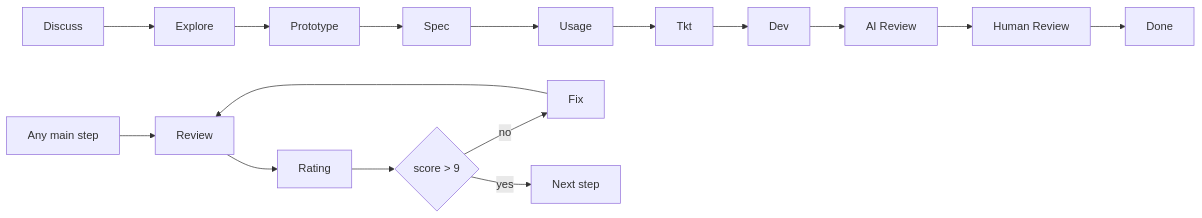
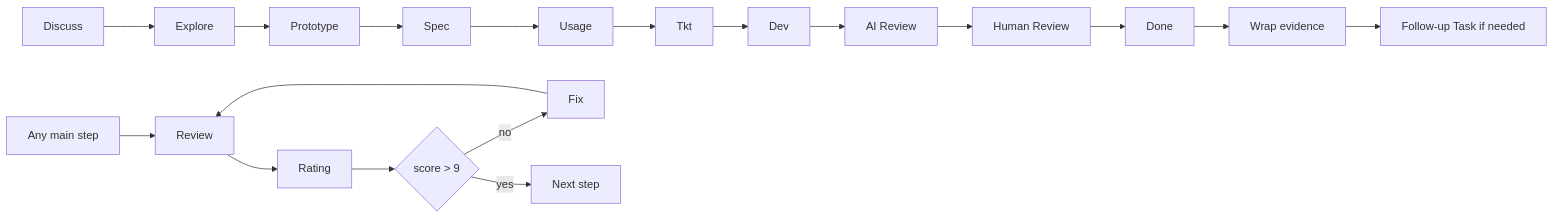
The fifth of 14 diagrams in docs/grimo/PRD.md (samzhu/grimoAPP), drawn with Mermaid before and after one commit. The commit also changed other lines of this file and 54 other files, not shown here.

````diff
--- a/docs/grimo/PRD.md
+++ b/docs/grimo/PRD.md
@@ -140,19 +142,21 @@
 ```mermaid
 flowchart LR
   Discuss["Discuss"] --> Explore["Explore"]
   Explore --> Prototype["Prototype"]
   Prototype --> Spec["Spec"]
   Spec --> Usage["Usage"]
   Usage --> Tkt["Tkt"]
   Tkt --> Dev["Dev"]
   Dev --> AIReview["AI Review"]
   AIReview --> HumanReview["Human Review"]
   HumanReview --> Done["Done"]
+  Done --> WrapEvidence["Wrap evidence"]
+  WrapEvidence --> Followup["Follow-up Task if needed"]
 
   Step["Any main step"] --> QReview["Review"]
   QReview --> Rating["Rating"]
   Rating --> Gate{"score > 9"}
   Gate -- "no" --> Fix["Fix"]
   Fix --> QReview
   Gate -- "yes" --> Next["Next step"]
 ```
````
